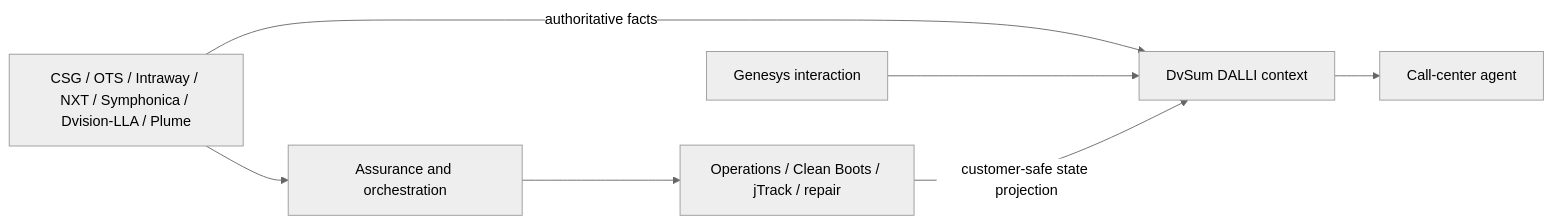
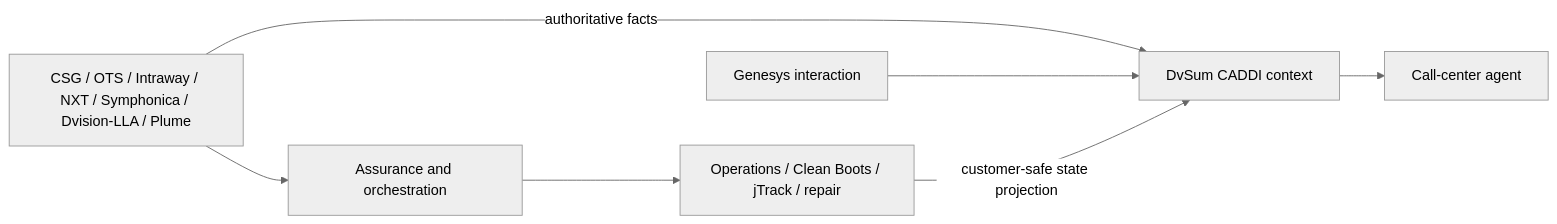
Before and after one commit to cbartosch/CPE-ServAs-light: the third of 3 diagrams in docs/ARCHITECTURE.md, drawn with Mermaid (neutral theme). The commit also changed other lines of this file and 68 other files, not shown here.

Commit message:
fix: deliver canonical DvSum CADDI Python 3.14.7 application

````diff
--- a/docs/ARCHITECTURE.md
+++ b/docs/ARCHITECTURE.md
@@ -101,9 +101,9 @@
 ```mermaid
 flowchart LR
-    SRC[CSG / OTS / Intraway / NXT / Symphonica / Dvision-LLA / Plume] -->|authoritative facts| DALLI[DvSum DALLI context]
-    GEN[Genesys interaction] --> DALLI
-    DALLI --> AGENT[Call-center agent]
+    SRC[CSG / OTS / Intraway / NXT / Symphonica / Dvision-LLA / Plume] -->|authoritative facts| CADDI[DvSum CADDI context]
+    GEN[Genesys interaction] --> CADDI
+    CADDI --> AGENT[Call-center agent]
     SRC --> ASSURE[Assurance and orchestration]
     ASSURE --> OPS[Operations / Clean Boots / jTrack / repair]
-    OPS -->|customer-safe state projection| DALLI
+    OPS -->|customer-safe state projection| CADDI
 ```
````
